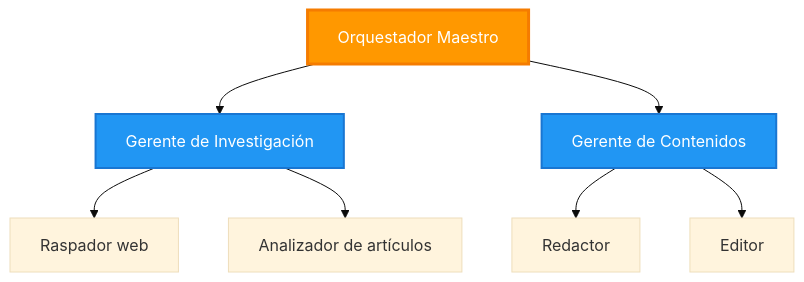
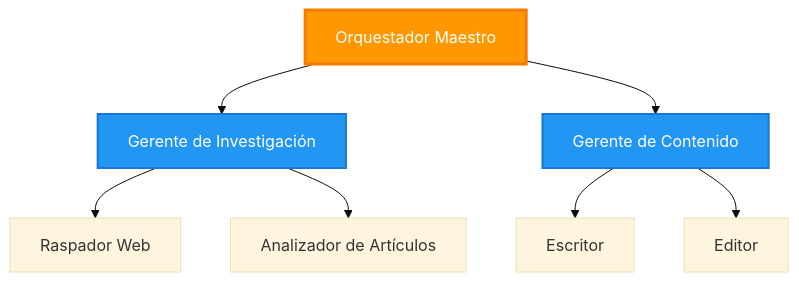
The third of 6 diagrams in translations/es/docs/chapter-06-pre-deployment/coordination-patterns.md (microsoft/AZD-for-beginners), drawn with Mermaid (base theme) before and after one commit. The commit also changed other lines of this file and 101 other files, not shown here.

````diff
--- a/translations/es/docs/chapter-06-pre-deployment/coordination-patterns.md
+++ b/translations/es/docs/chapter-06-pre-deployment/coordination-patterns.md
@@ -149,21 +143,21 @@
 ```mermaid
 graph TB
     Master[Orquestador Maestro]
     Manager1[Gerente de Investigación]
-    Manager2[Gerente de Contenidos]
-    W1[Raspador web]
-    W2[Analizador de artículos]
-    W3[Redactor]
+    Manager2[Gerente de Contenido]
+    W1[Raspador Web]
+    W2[Analizador de Artículos]
+    W3[Escritor]
     W4[Editor]
     
     Master --> Manager1
     Master --> Manager2
     Manager1 --> W1
     Manager1 --> W2
     Manager2 --> W3
     Manager2 --> W4
     
     style Master fill:#FF9800,stroke:#F57C00,stroke-width:3px,color:#fff
     style Manager1 fill:#2196F3,stroke:#1976D2,stroke-width:2px,color:#fff
     style Manager2 fill:#2196F3,stroke:#1976D2,stroke-width:2px,color:#fff
 ```
````
